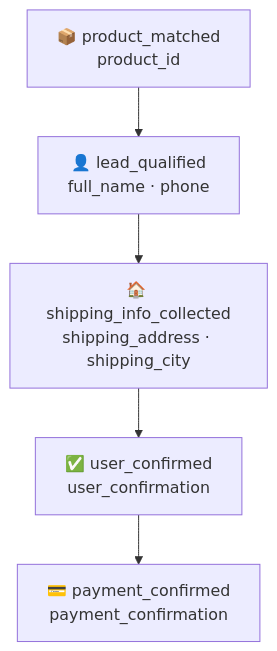
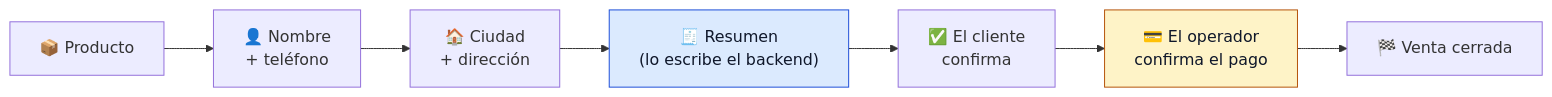
The fifth of 9 diagrams in README.md (SRam3/agent-backend), drawn with Mermaid before and after one commit. The commit also changed other lines of this file, not shown here.

````diff
--- a/README.md
+++ b/README.md
@@ -101,10 +107,12 @@
 ```mermaid
-graph TD
-    A["📦 product_matched<br/>product_id"]
-    B["👤 lead_qualified<br/>full_name · phone"]
-    C["🏠 shipping_info_collected<br/>shipping_address · shipping_city"]
-    D["✅ user_confirmed<br/>user_confirmation"]
-    E["💳 payment_confirmed<br/>payment_confirmation"]
+flowchart LR
+    P["📦 Producto"] --> L["👤 Nombre<br/>+ teléfono"]
+    L --> E["🏠 Ciudad<br/>+ dirección"]
+    E --> R["🧾 Resumen<br/>(lo escribe el backend)"]
+    R --> UC["✅ El cliente<br/>confirma"]
+    UC --> PC["💳 El operador<br/>confirma el pago"]
+    PC --> Z["🏁 Venta cerrada"]
 
-    A --> B --> C --> D --> E
+    style R fill:#dbeafe,stroke:#1d4ed8,color:#0f172a
+    style PC fill:#fef3c7,stroke:#b45309,color:#0f172a
 ```
````
